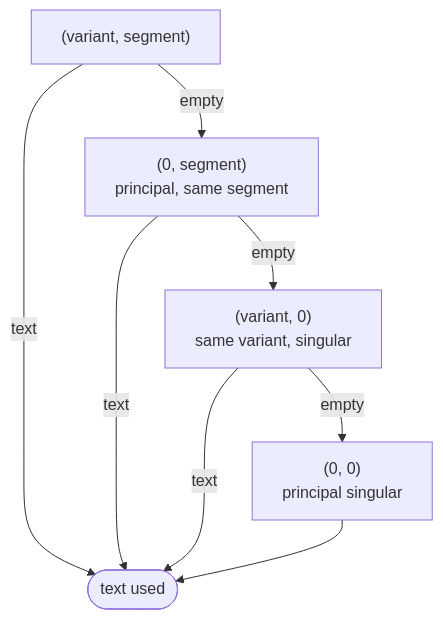
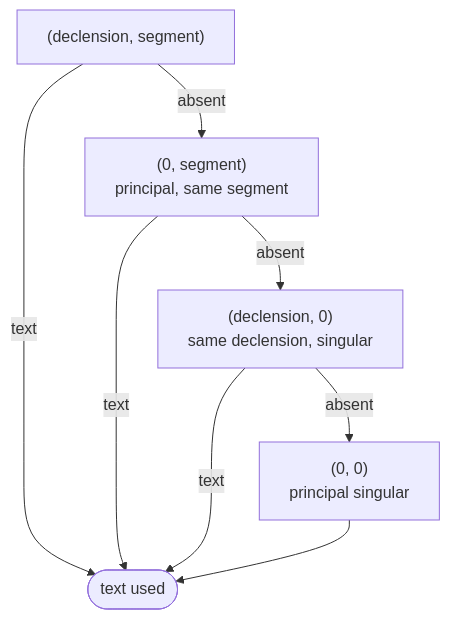
One commit to biface/i18n changed the second of 3 diagrams in docs/source/concept/fallback.rst. Above: the diagram before and after it, drawn with Mermaid. The commit also changed other lines of this file and 6 other files, not shown here.

```diff
--- a/docs/source/concept/fallback.rst
+++ b/docs/source/concept/fallback.rst
@@ -81,15 +83,15 @@
 .. mermaid::
 
     flowchart TD
-        cell["(variant, segment)"]
+        requested["(declension, segment)"]
         same_segment["(0, segment)<br/>principal, same segment"]
-        singular["(variant, 0)<br/>same variant, singular"]
+        singular["(declension, 0)<br/>same declension, singular"]
         principal["(0, 0)<br/>principal singular"]
         text(["text used"])
-        cell -- empty --> same_segment
-        same_segment -- empty --> singular
-        singular -- empty --> principal
-        cell -- text --> text
+        requested -- absent --> same_segment
+        same_segment -- absent --> singular
+        singular -- absent --> principal
+        requested -- text --> text
         same_segment -- text --> text
         singular -- text --> text
         principal --> text
```
